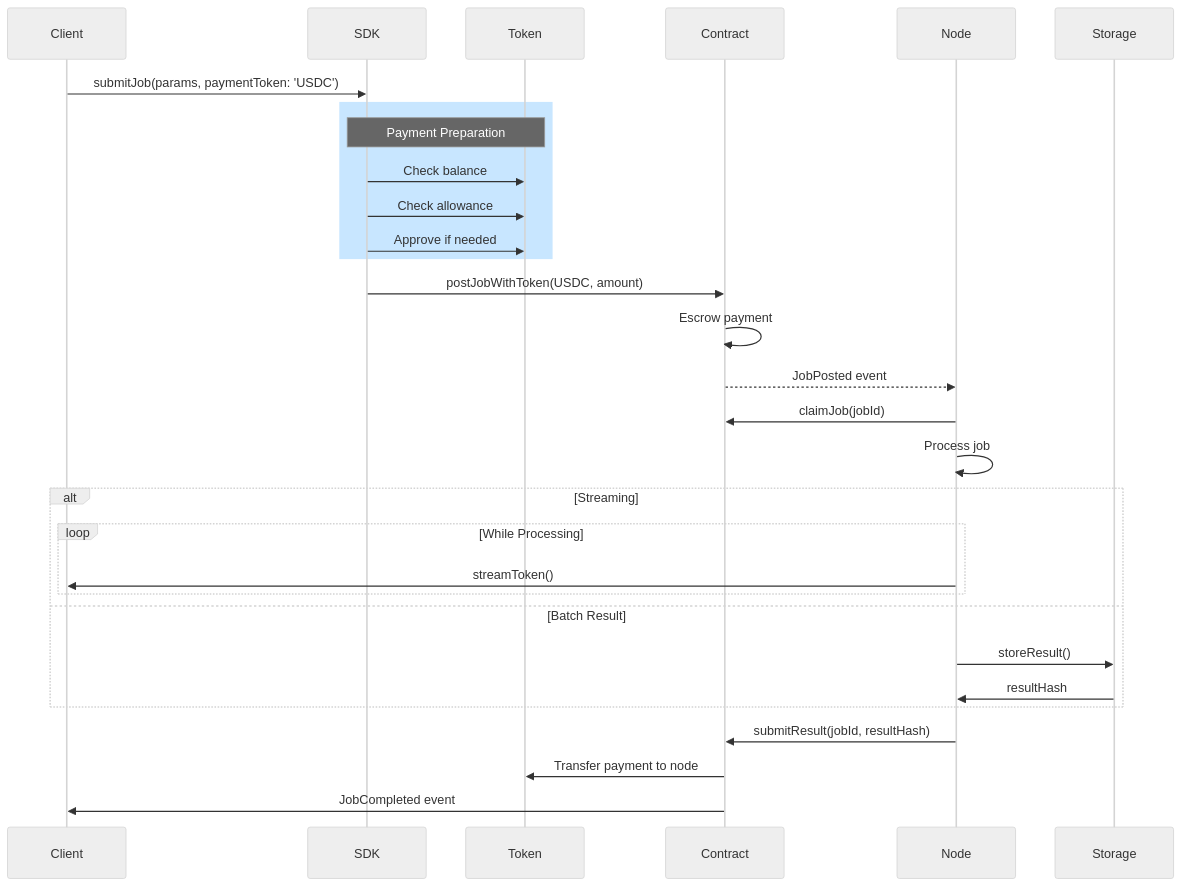
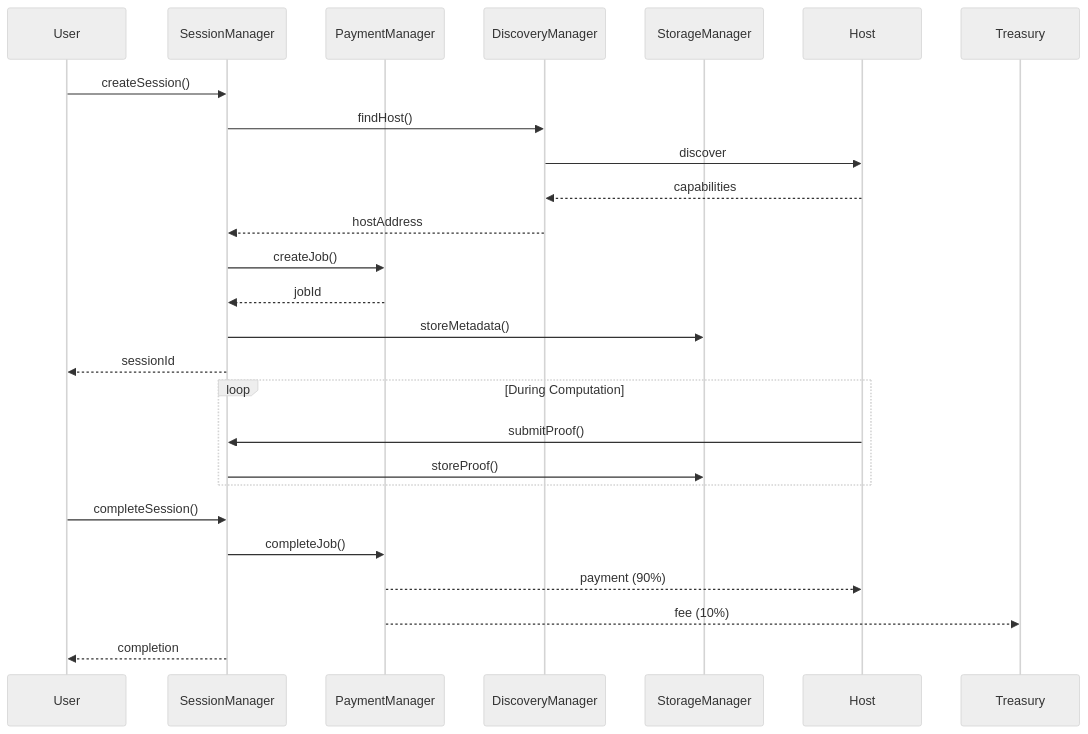
One commit to Fabstir/fabstir-llm-sdk changed the second of 2 diagrams in docs/ARCHITECTURE.md. Above: the diagram before and after it, drawn with Mermaid (neutral theme). The commit also changed other lines of this file and 19 other files, not shown here.

````diff
--- a/docs/ARCHITECTURE.md
+++ b/docs/ARCHITECTURE.md
@@ -375,38 +320,30 @@
 ```mermaid
 sequenceDiagram
-    participant Client
-    participant SDK
-    participant Token
-    participant Contract
-    participant Node
-    participant Storage
+    participant User
+    participant SessionManager
+    participant PaymentManager
+    participant DiscoveryManager
+    participant StorageManager
+    participant Host
     
-    Client->>SDK: submitJob(params, paymentToken: 'USDC')
+    User->>SessionManager: createSession()
+    SessionManager->>DiscoveryManager: findHost()
+    DiscoveryManager->>Host: discover
+    Host-->>DiscoveryManager: capabilities
+    DiscoveryManager-->>SessionManager: hostAddress
+    SessionManager->>PaymentManager: createJob()
+    PaymentManager-->>SessionManager: jobId
+    SessionManager->>StorageManager: storeMetadata()
+    SessionManager-->>User: sessionId
     
-    rect rgb(200, 230, 255)
-        Note over SDK,Token: Payment Preparation
-        SDK->>Token: Check balance
-        SDK->>Token: Check allowance
-        SDK->>Token: Approve if needed
+    loop During Computation
+        Host->>SessionManager: submitProof()
+        SessionManager->>StorageManager: storeProof()
     end
     
-    SDK->>Contract: postJobWithToken(USDC, amount)
-    Contract->>Contract: Escrow payment
-    Contract-->>Node: JobPosted event
-    
-    Node->>Contract: claimJob(jobId)
-    Node->>Node: Process job
-    
-    alt Streaming
-        loop While Processing
-            Node->>Client: streamToken()
-        end
-    else Batch Result
-        Node->>Storage: storeResult()
-        Storage->>Node: resultHash
-    end
-    
-    Node->>Contract: submitResult(jobId, resultHash)
-    Contract->>Token: Transfer payment to node
-    Contract->>Client: JobCompleted event
+    User->>SessionManager: completeSession()
+    SessionManager->>PaymentManager: completeJob()
+    PaymentManager-->>Host: payment (90%)
+    PaymentManager-->>Treasury: fee (10%)
+    SessionManager-->>User: completion
 ```
````
